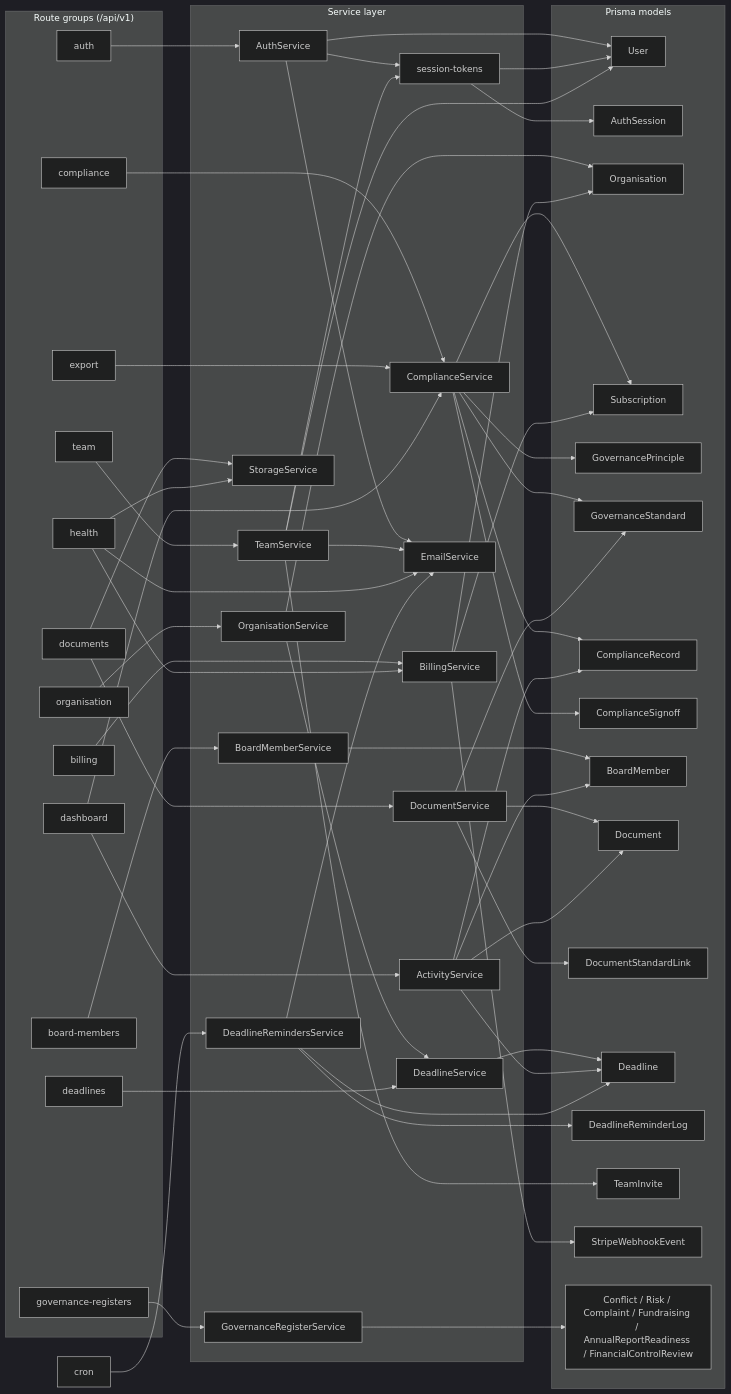
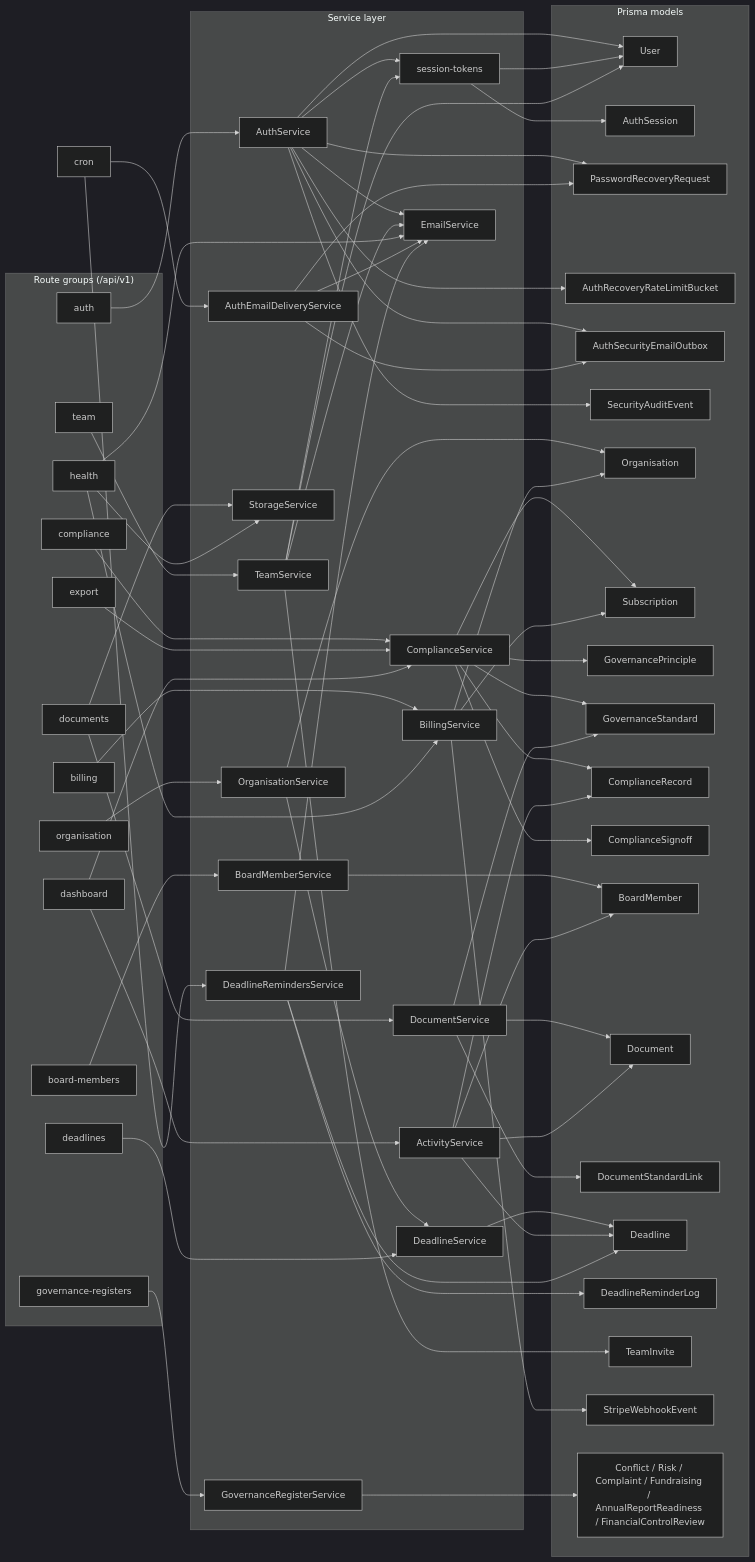
Before and after one commit to jasperfordesq-ai/charity-governance: the diagram in docs/architecture/02-module-dependency-graph.md, drawn with Mermaid (dark theme). The commit also changed other lines of this file and 135 other files, not shown here.

Commit message:
Harden password recovery and delivery integrity

```diff
--- a/docs/architecture/02-module-dependency-graph.md
+++ b/docs/architecture/02-module-dependency-graph.md
@@ -42,6 +42,7 @@
     S_gov["GovernanceRegisterService"]
     S_team["TeamService"]
     S_email["EmailService"]
+    S_authdel["AuthEmailDeliveryService"]
     S_sess["session-tokens"]
     S_remind["DeadlineRemindersService"]
   end
@@ -49,6 +50,10 @@
   subgraph Models["Prisma models"]
     M_user["User"]
     M_authsess["AuthSession"]
+    M_recovery["PasswordRecoveryRequest"]
+    M_rate["AuthRecoveryRateLimitBucket"]
+    M_secemail["AuthSecurityEmailOutbox"]
+    M_secaudit["SecurityAuditEvent"]
     M_org["Organisation"]
     M_sub["Subscription"]
     M_prin["GovernancePrinciple"]
@@ -69,6 +74,10 @@
   S_auth --> S_email
   S_auth --> S_sess
   S_auth --> M_user
+  S_auth --> M_recovery
+  S_auth --> M_rate
+  S_auth --> M_secaudit
+  S_auth --> M_secemail
   S_sess --> M_authsess
   S_sess --> M_user
 
@@ -121,6 +130,10 @@
   R_health --> S_email
   R_health --> S_store
   R_remind["cron"] --> S_remind
+  R_remind --> S_authdel
+  S_authdel --> S_email
+  S_authdel --> M_recovery
+  S_authdel --> M_secemail
   S_remind --> S_email
   S_remind --> M_remlog
   S_remind --> M_dead
```
